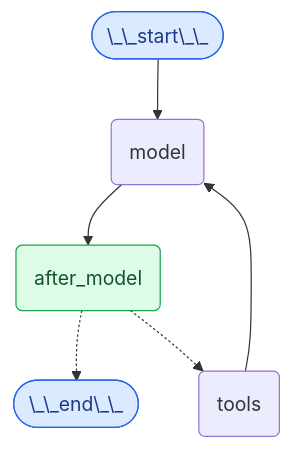
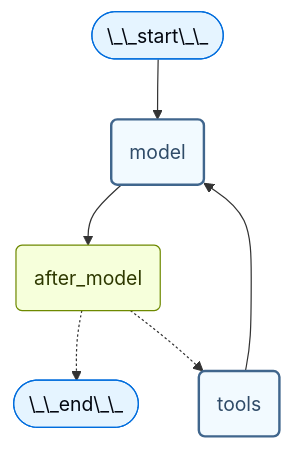
One commit to fede-kamel/docs-1 changed the second of 2 diagrams in build/oss/javascript/langchain/short-term-memory.mdx. Above: the diagram before and after it, drawn with Mermaid. The commit also changed other lines of this file and 3929 other files, not shown here.

````diff
--- a/build/oss/javascript/langchain/short-term-memory.mdx
+++ b/build/oss/javascript/langchain/short-term-memory.mdx
@@ -607,27 +612,28 @@
 ```mermaid
 %%{
     init: {
         "fontFamily": "monospace",
         "flowchart": {
         "curve": "basis"
-        },
-        "themeVariables": {"edgeLabelBackground": "transparent"}
+        }
     }
 }%%
 graph TD
     S(["\_\_start\_\_"])
     MODEL(model)
     POST(after_model)
     TOOLS(tools)
     END(["\_\_end\_\_"])
     S --> MODEL
     MODEL --> POST
     POST -.-> END
     POST -.-> TOOLS
     TOOLS --> MODEL
-    classDef blueHighlight fill:#DBEAFE,stroke:#2563EB,color:#1E3A8A;
-    classDef greenHighlight fill:#DCFCE7,stroke:#16A34A,color:#14532D;
+    classDef blueHighlight fill:#E5F4FF,stroke:#006DDD,color:#030710;
+    classDef greenHighlight fill:#F6FFDB,stroke:#6E8900,color:#2E3900;
+    classDef neutral fill:#F2FAFF,stroke:#40668D,stroke-width:2px,color:#2F4B68;
     class S blueHighlight;
     class END blueHighlight;
     class POST greenHighlight;
+    class MODEL,TOOLS neutral;
 ```
````
